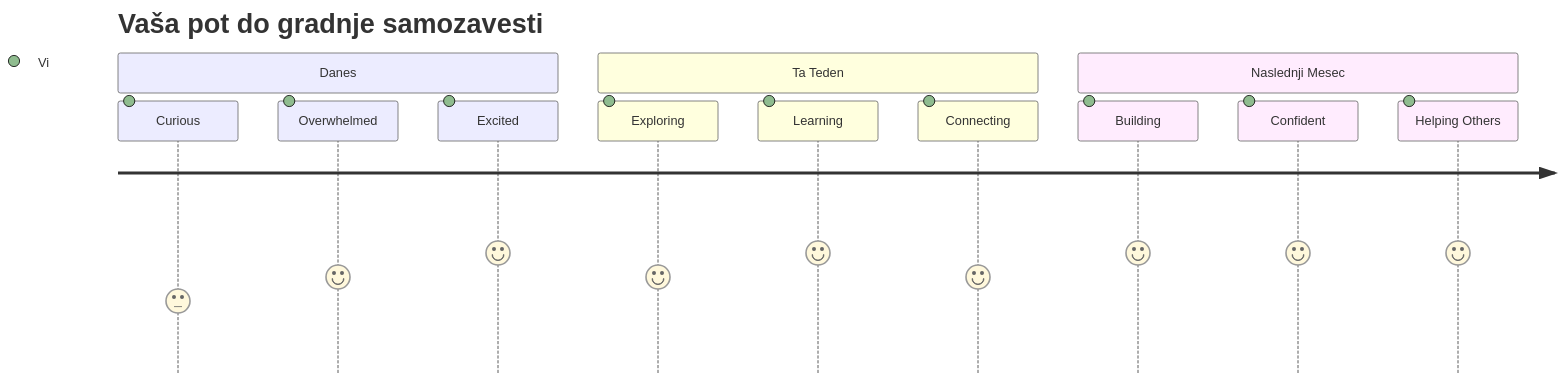
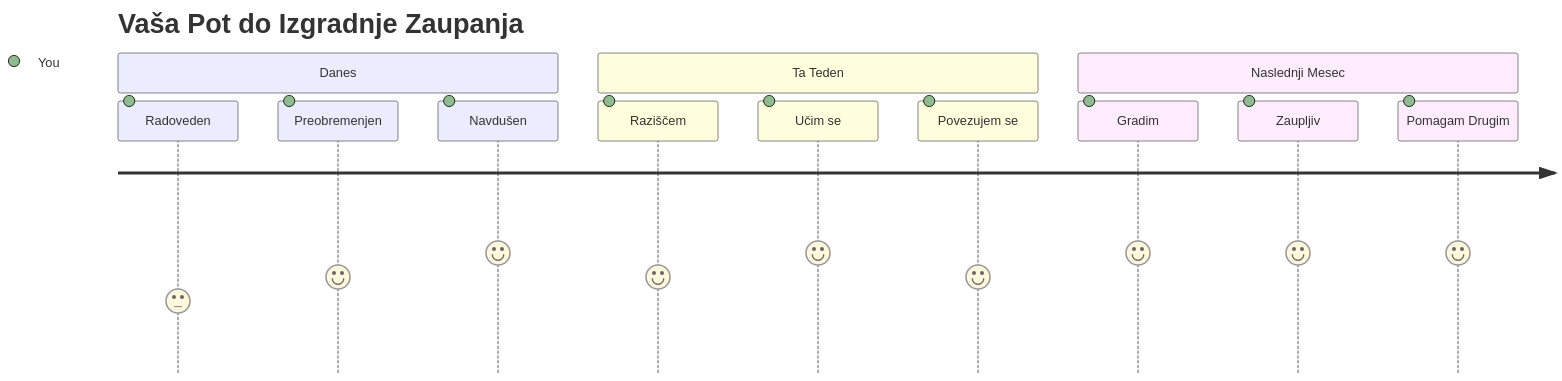
The seventh of 7 diagrams in translations/sl/1-getting-started-lessons/1-intro-to-programming-languages/README.md (microsoft/Web-Dev-For-Beginners), drawn with Mermaid before and after one commit. The commit also changed other lines of this file and 11 other files, not shown here.

````diff
--- a/translations/sl/1-getting-started-lessons/1-intro-to-programming-languages/README.md
+++ b/translations/sl/1-getting-started-lessons/1-intro-to-programming-languages/README.md
@@ -831,16 +833,16 @@
 ```mermaid
 journey
-    title Vaša pot do gradnje samozavesti
+    title Vaša Pot do Izgradnje Zaupanja
     section Danes
-      Curious: 3: Vi
-      Overwhelmed: 4: Vi
-      Excited: 5: Vi
+      Radoveden: 3: You
+      Preobremenjen: 4: You
+      Navdušen: 5: You
     section Ta Teden
-      Exploring: 4: Vi
-      Learning: 5: Vi
-      Connecting: 4: Vi
+      Raziščem: 4: You
+      Učim se: 5: You
+      Povezujem se: 4: You
     section Naslednji Mesec
-      Building: 5: Vi
-      Confident: 5: Vi
-      Helping Others: 5: Vi
+      Gradim: 5: You
+      Zaupljiv: 5: You
+      Pomagam Drugim: 5: You
 ```
````
